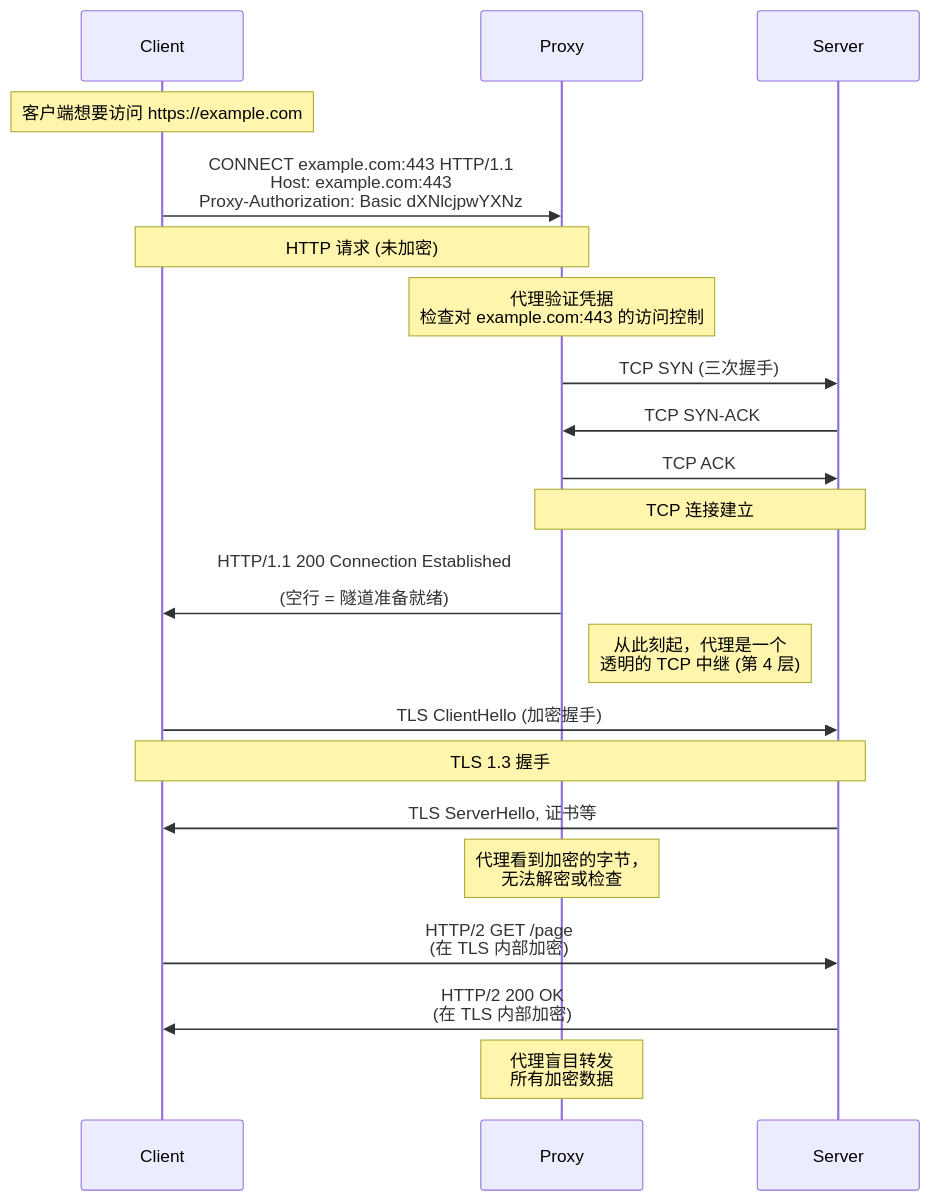
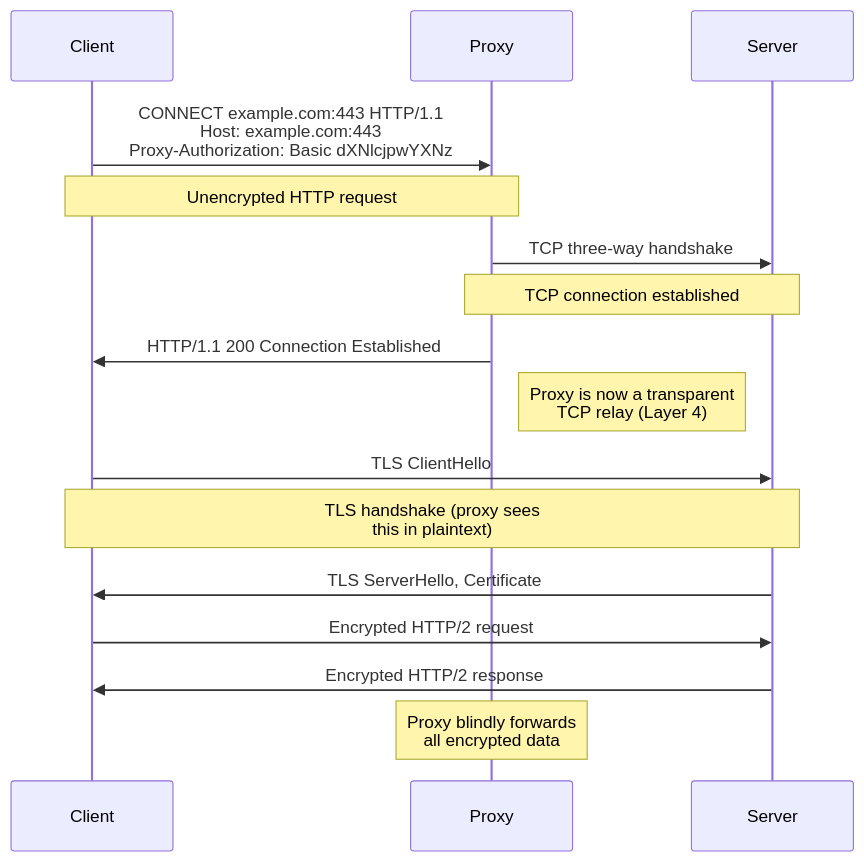
Before and after one commit to autoscrape-labs/pydoll: the second of 2 diagrams in docs/zh/deep-dive/network/http-proxies.md, drawn with Mermaid. The commit also changed other lines of this file and 9 other files, not shown here.

````diff
--- a/docs/zh/deep-dive/network/http-proxies.md
+++ b/docs/zh/deep-dive/network/http-proxies.md
@@ -275,33 +71,25 @@
 ```mermaid
 sequenceDiagram
     participant Client
     participant Proxy
     participant Server
-    
-    Note over Client: 客户端想要访问 https://example.com
-    
+
     Client->>Proxy: CONNECT example.com:443 HTTP/1.1<br/>Host: example.com:443<br/>Proxy-Authorization: Basic dXNlcjpwYXNz
-    Note over Client,Proxy: HTTP 请求 (未加密)
-    
-    Note over Proxy: 代理验证凭据<br/>检查对 example.com:443 的访问控制
-    
-    Proxy->>Server: TCP SYN (三次握手)
-    Server->>Proxy: TCP SYN-ACK
-    Proxy->>Server: TCP ACK
-    Note over Proxy,Server: TCP 连接建立
-    
-    Proxy->>Client: HTTP/1.1 200 Connection Established<br/><br/>(空行 = 隧道准备就绪)
-    
-    Note right of Proxy: 从此刻起，代理是一个<br/>透明的 TCP 中继 (第 4 层)
-    
-    Client->>Server: TLS ClientHello (加密握手)
-    Note over Client,Server: TLS 1.3 握手
-    Server->>Client: TLS ServerHello, 证书等
-    
-    Note over Proxy: 代理看到加密的字节，<br/>无法解密或检查
-    
-    Client->>Server: HTTP/2 GET /page<br/>(在 TLS 内部加密)
-    Server->>Client: HTTP/2 200 OK<br/>(在 TLS 内部加密)
-    
-    Note over Proxy: 代理盲目转发<br/>所有加密数据
+    Note over Client,Proxy: Unencrypted HTTP request
+
+    Proxy->>Server: TCP three-way handshake
+    Note over Proxy,Server: TCP connection established
+
+    Proxy->>Client: HTTP/1.1 200 Connection Established
+
+    Note right of Proxy: Proxy is now a transparent<br/>TCP relay (Layer 4)
+
+    Client->>Server: TLS ClientHello
+    Note over Client,Server: TLS handshake (proxy sees<br/>this in plaintext)
+    Server->>Client: TLS ServerHello, Certificate
+
+    Client->>Server: Encrypted HTTP/2 request
+    Server->>Client: Encrypted HTTP/2 response
+
+    Note over Proxy: Proxy blindly forwards<br/>all encrypted data
 ```
````
